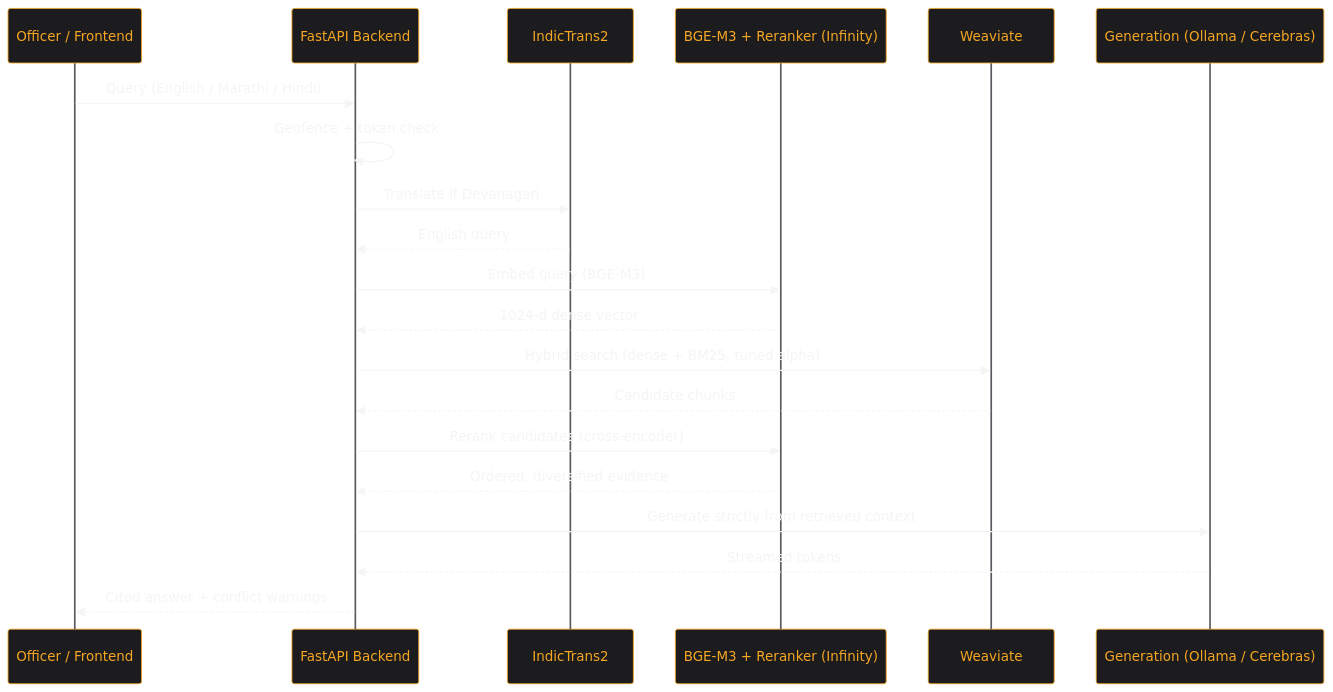
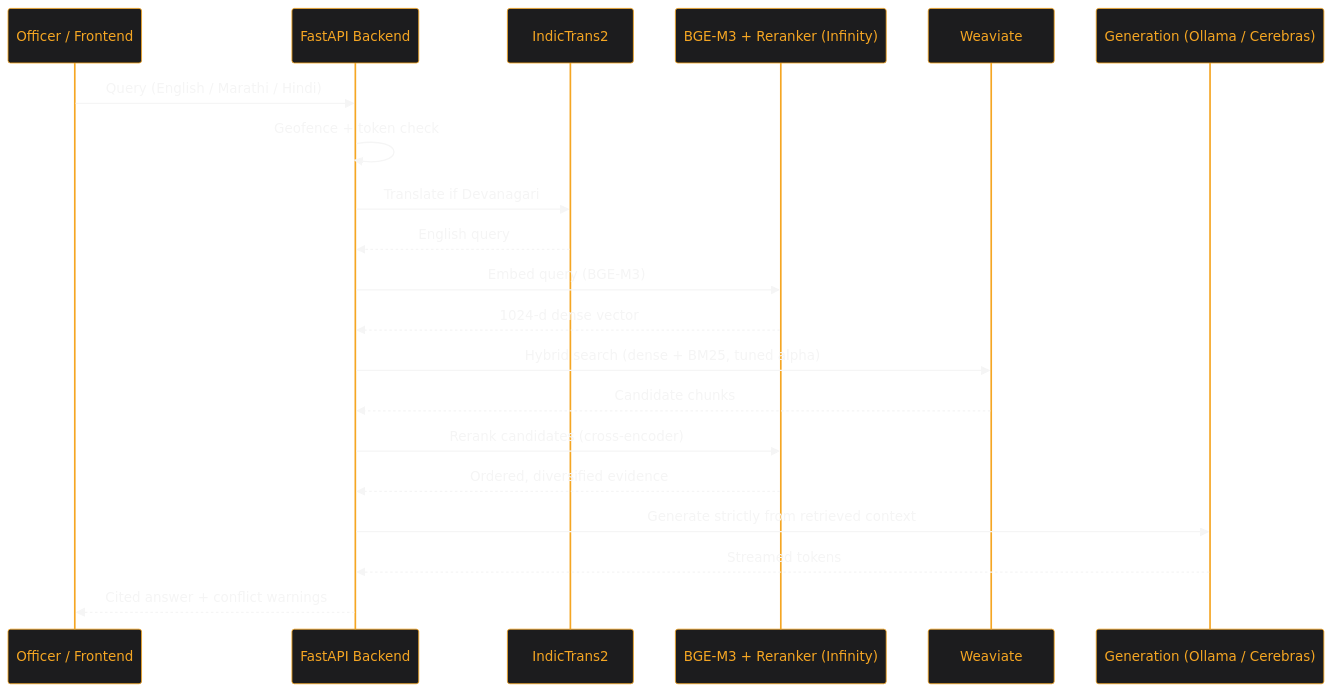
The first of 3 diagrams in README.md (pushkqr/mimir), drawn with Mermaid before and after one commit. The commit also changed other lines of this file and 4 other files, not shown here.

````diff
--- a/README.md
+++ b/README.md
@@ -47,49 +39,27 @@
 ```mermaid
-%%{init: {
-  'theme': 'base',
-  'themeVariables': {
-    'primaryColor': '#1C1C1E',
-    'primaryTextColor': '#F5F5F5',
-    'primaryBorderColor': '#F5A623',
-    'lineColor': '#F5A623',
-    'secondaryColor': '#2A2A2E',
-    'tertiaryColor': '#141416',
-    'fontFamily': 'Helvetica, Arial, sans-serif',
-    'fontSize': '14px',
-    'actorBkg': '#1C1C1E',
-    'actorBorder': '#F5A623',
-    'actorTextColor': '#F5A623',
-    'actorLineColor': '#5A5A60',
-    'signalColor': '#F5F5F5',
-    'signalTextColor': '#F5F5F5',
-    'labelBoxBkgColor': '#1C1C1E',
-    'labelBoxBorderColor': '#F5A623',
-    'labelTextColor': '#F5F5F5',
-    'noteBkgColor': '#2A2A2E',
-    'noteBorderColor': '#F5A623',
-    'noteTextColor': '#F5F5F5',
-    'sequenceNumberColor': '#141416'
-  }
-} }%%
+%%{init: {'theme':'base','themeVariables':{
+  'primaryColor':'#1C1C1E','primaryTextColor':'#F5F5F5','primaryBorderColor':'#F5A623',
+  'lineColor':'#F5A623','fontSize':'14px','actorBkg':'#1C1C1E','actorBorder':'#F5A623',
+  'actorTextColor':'#F5A623','signalColor':'#F5F5F5','signalTextColor':'#F5F5F5'}}}%%
 sequenceDiagram
     participant User as Officer / Frontend
     participant API as FastAPI Backend
     participant Trans as IndicTrans2
     participant Embed as BGE-M3 + Reranker (Infinity)
     participant DB as Weaviate
     participant LLM as Generation (Ollama / Cerebras)
 
     User->>API: Query (English / Marathi / Hindi)
     API->>API: Geofence + token check
     API->>Trans: Translate if Devanagari
     Trans-->>API: English query
     API->>Embed: Embed query (BGE-M3)
     Embed-->>API: 1024-d dense vector
     API->>DB: Hybrid search (dense + BM25, tuned alpha)
     DB-->>API: Candidate chunks
     API->>Embed: Rerank candidates (cross-encoder)
     Embed-->>API: Ordered, diversified evidence
     API->>LLM: Generate strictly from retrieved context
     LLM-->>API: Streamed tokens
     API-->>User: Cited answer + conflict warnings
 ```
````
